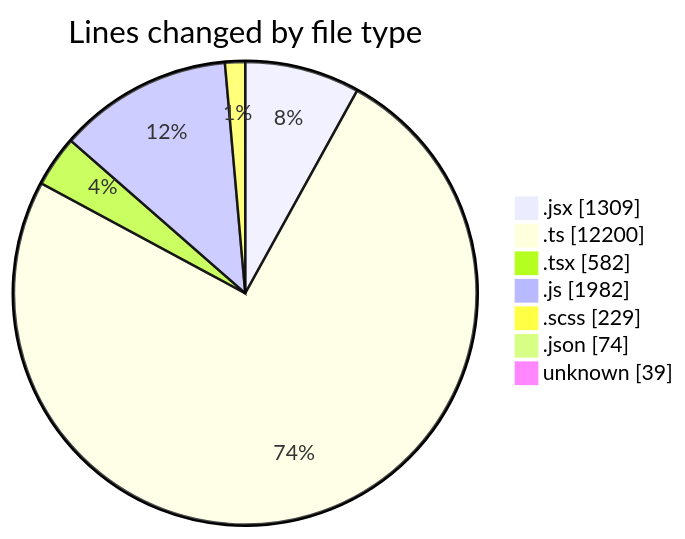
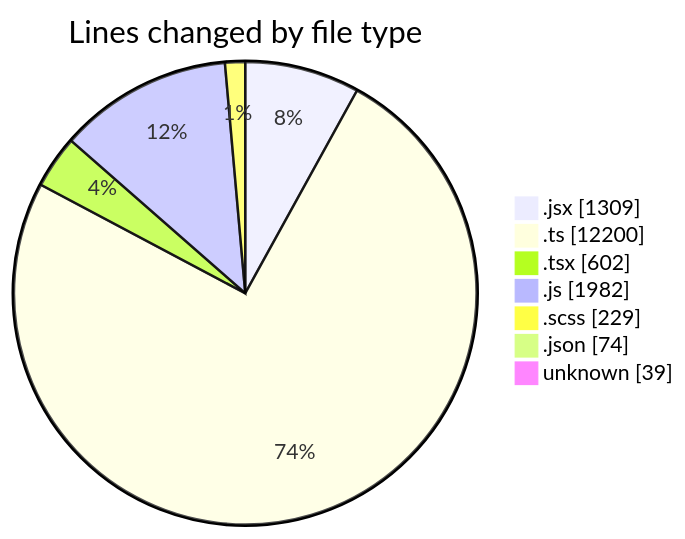
One commit to momahboobian/code-tracking changed the first of 2 diagrams in 2025-06-05/cda/README.md. Above: the diagram before and after it, drawn with Mermaid. The commit also changed other lines of this file and 1 other file, not shown here.

````diff
--- a/2025-06-05/cda/README.md
+++ b/2025-06-05/cda/README.md
@@ -40,11 +40,11 @@
 ```mermaid
 pie showData
 title Lines changed by file type
 ".jsx" : 1309
 ".ts" : 12200
-".tsx" : 582
+".tsx" : 602
 ".js" : 1982
 ".scss" : 229
 ".json" : 74
 "unknown" : 39
 ```
````
